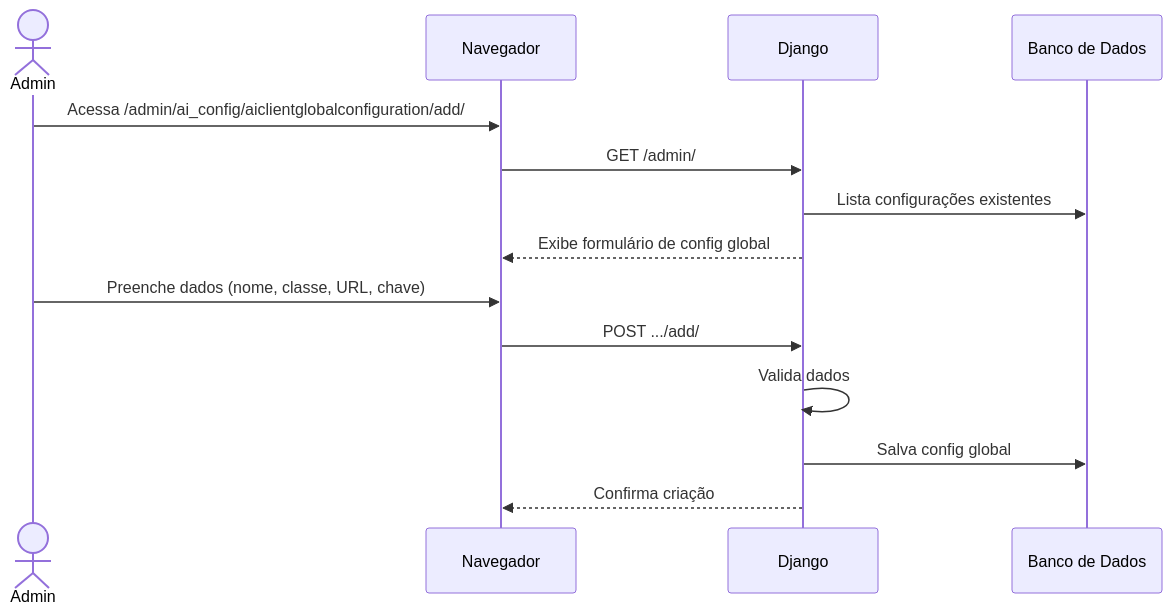
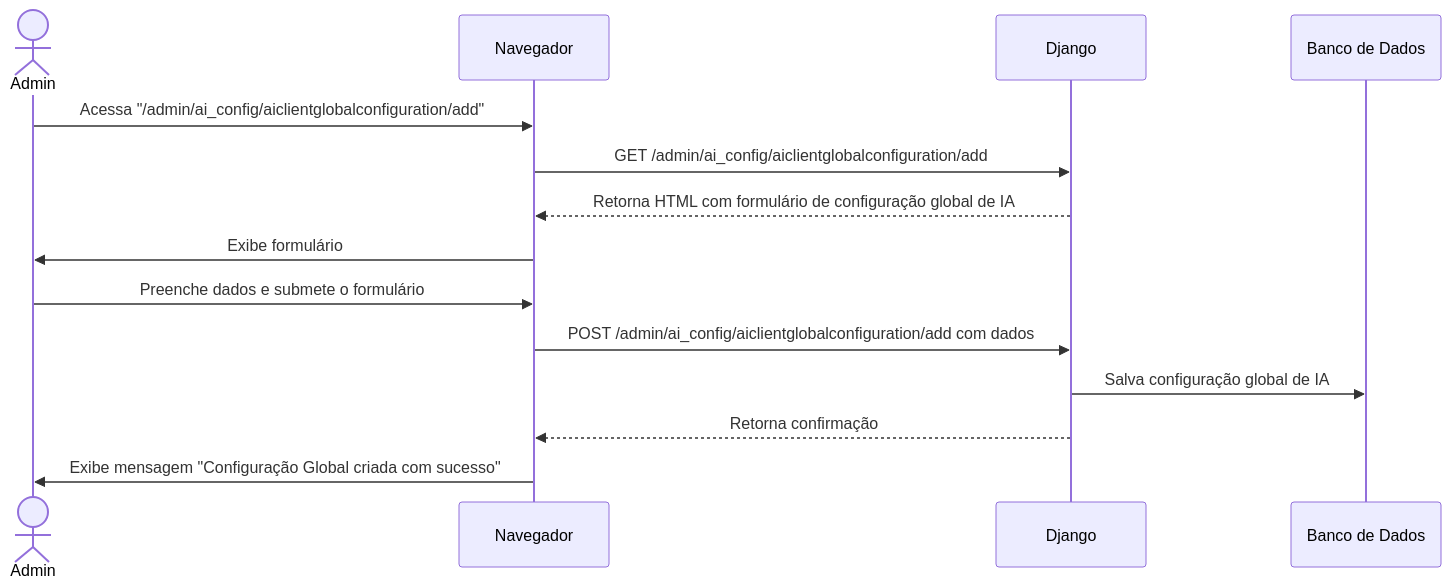
The seventh of 26 diagrams in README.md (diegogrosmann/EnsinaNet.AI), drawn with Mermaid before and after one commit. The commit also changed other lines of this file and 117 other files, not shown here.

Commit message:
Adiciona novo aplicativo 'client_version' com modelos, URLs e configurações; remove arquivos de teste e atualiza configurações do projeto.

````diff
--- a/README.md
+++ b/README.md
@@ -673,18 +701,17 @@
 ```mermaid
 sequenceDiagram
     actor A as Admin
     participant N as Navegador
     participant D as Django
     participant DB as Banco de Dados
 
-    A->>N: Acessa /admin/ai_config/aiclientglobalconfiguration/add/
-    N->>D: GET /admin/
-    D->>DB: Lista configurações existentes
-    D-->>N: Exibe formulário de config global
-
-    A->>N: Preenche dados (nome, classe, URL, chave)
-    N->>D: POST .../add/
-    D->>D: Valida dados
-    D->>DB: Salva config global
-    D-->>N: Confirma criação
+    A->>N: Acessa "/admin/ai_config/aiclientglobalconfiguration/add"
+    N->>D: GET /admin/ai_config/aiclientglobalconfiguration/add
+    D-->>N: Retorna HTML com formulário de configuração global de IA
+    N->>A: Exibe formulário
+    A->>N: Preenche dados e submete o formulário
+    N->>D: POST /admin/ai_config/aiclientglobalconfiguration/add com dados
+    D->>DB: Salva configuração global de IA
+    D-->>N: Retorna confirmação
+    N->>A: Exibe mensagem "Configuração Global criada com sucesso"
 ```
````
